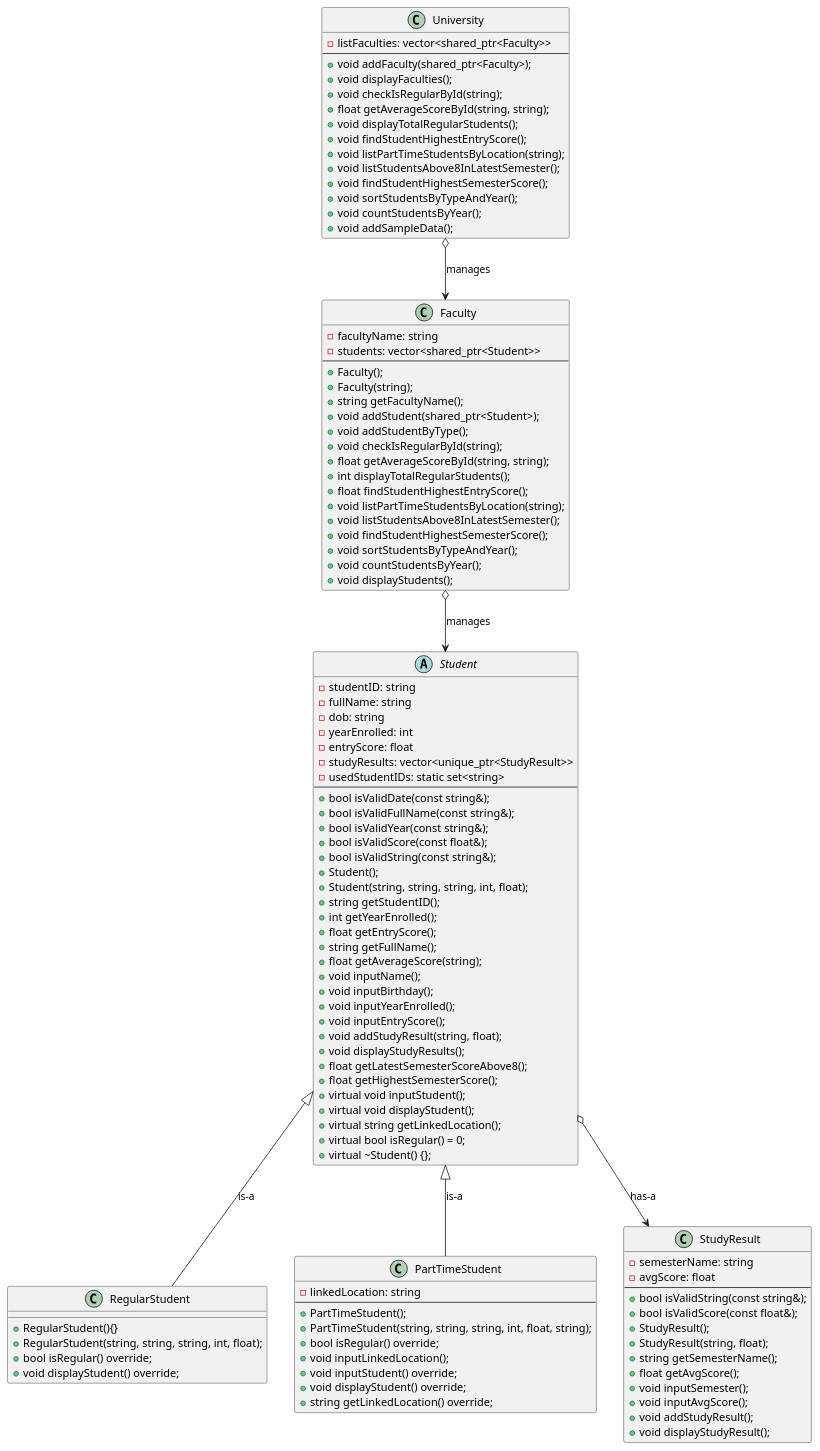
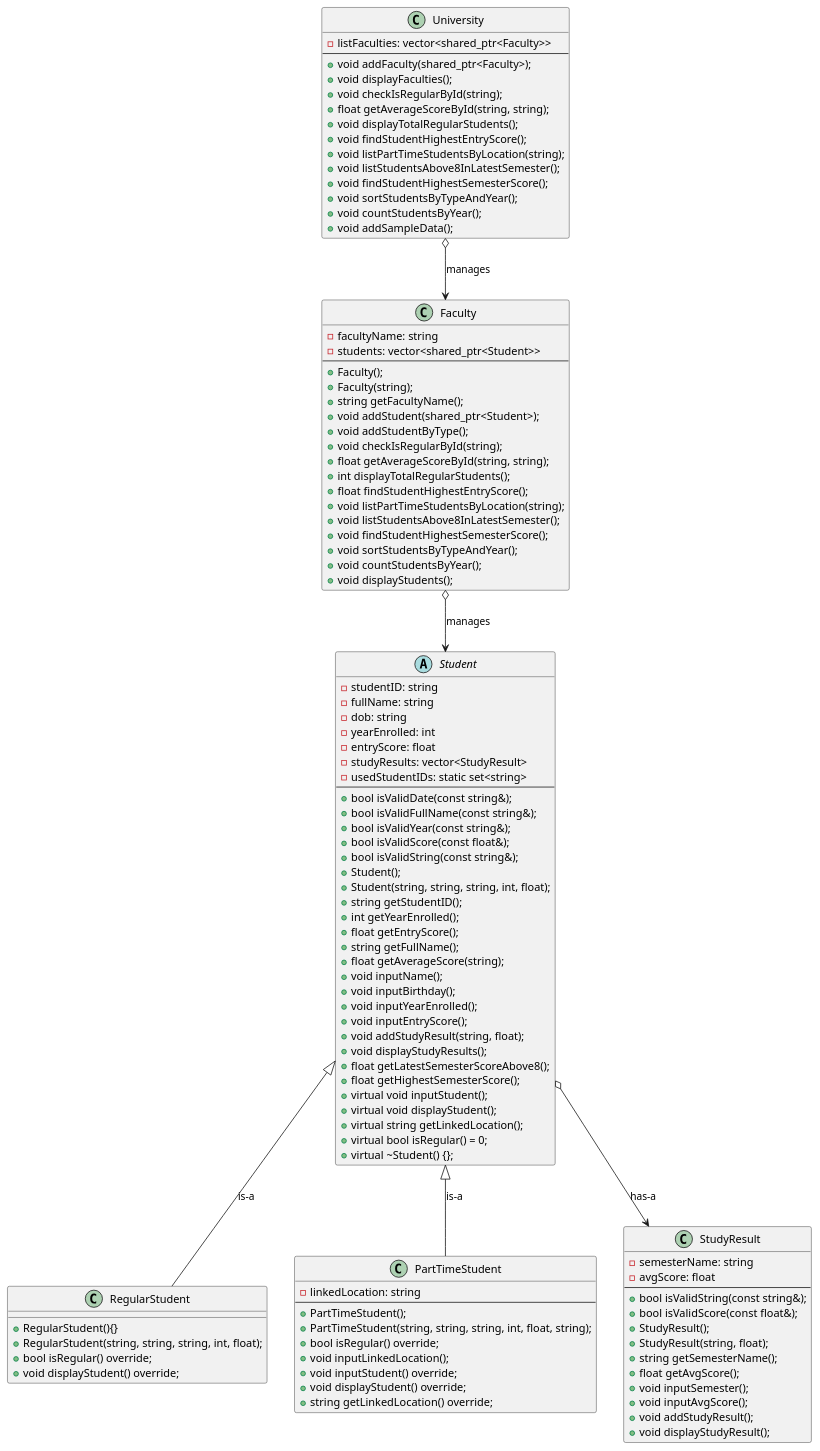
The diagram in .Assigment/OOP/ex15/diagram/diagram.wsd (baobluebird/Basic-C-Cplusplus), drawn with PlantUML before and after one commit. The commit also changed 43 other files, not shown here.

```diff
--- a/.Assigment/OOP/ex15/diagram/diagram.wsd
+++ b/.Assigment/OOP/ex15/diagram/diagram.wsd
@@ -1,117 +1,117 @@
 @startuml
 
 abstract class Student {
     - studentID: string 
     - fullName: string 
     - dob: string 
     - yearEnrolled: int 
     - entryScore: float 
-    - studyResults: vector<unique_ptr<StudyResult>> 
+    - studyResults: vector<StudyResult> 
     - usedStudentIDs: static set<string>
     --
     + bool isValidDate(const string&);
     + bool isValidFullName(const string&);
     + bool isValidYear(const string&);
     + bool isValidScore(const float&);
     + bool isValidString(const string&);
     + Student();
     + Student(string, string, string, int, float);
     + string getStudentID();
     + int getYearEnrolled();
     + float getEntryScore();
     + string getFullName();
     + float getAverageScore(string);
     + void inputName();
     + void inputBirthday();
     + void inputYearEnrolled();
     + void inputEntryScore();
     + void addStudyResult(string, float);
     + void displayStudyResults();
     + float getLatestSemesterScoreAbove8();
     + float getHighestSemesterScore();
     + virtual void inputStudent();
     + virtual void displayStudent();
     + virtual string getLinkedLocation();
     + virtual bool isRegular() = 0;
     + virtual ~Student() {};
 }
 
 class RegularStudent {
     + RegularStudent(){}
     + RegularStudent(string, string, string, int, float);
     + bool isRegular() override;
     + void displayStudent() override;
 }
 
 class PartTimeStudent {
     - linkedLocation: string 
     --
     + PartTimeStudent();
     + PartTimeStudent(string, string, string, int, float, string);
     + bool isRegular() override;
     + void inputLinkedLocation();
     + void inputStudent() override;
     + void displayStudent() override;
     + string getLinkedLocation() override;
 }
 
 class StudyResult {
     - semesterName: string
     - avgScore: float
     --
     + bool isValidString(const string&);
     + bool isValidScore(const float&);
     + StudyResult();
     + StudyResult(string, float);
     + string getSemesterName();
     + float getAvgScore();
     + void inputSemester();
     + void inputAvgScore();
     + void addStudyResult();
     + void displayStudyResult();
 }
 
 class Faculty {
     - facultyName: string 
     - students: vector<shared_ptr<Student>> 
     --
     + Faculty();
     + Faculty(string);
     + string getFacultyName();
     + void addStudent(shared_ptr<Student>);
     + void addStudentByType();
     + void checkIsRegularById(string);
     + float getAverageScoreById(string, string);
     + int displayTotalRegularStudents();
     + float findStudentHighestEntryScore();
     + void listPartTimeStudentsByLocation(string);
     + void listStudentsAbove8InLatestSemester();
     + void findStudentHighestSemesterScore();
     + void sortStudentsByTypeAndYear();
     + void countStudentsByYear();
     + void displayStudents();
 }
 
 class University{
     - listFaculties: vector<shared_ptr<Faculty>>
     --
     + void addFaculty(shared_ptr<Faculty>);
     + void displayFaculties();
     + void checkIsRegularById(string);
     + float getAverageScoreById(string, string);
     + void displayTotalRegularStudents();
     + void findStudentHighestEntryScore();
     + void listPartTimeStudentsByLocation(string);
     + void listStudentsAbove8InLatestSemester();
     + void findStudentHighestSemesterScore();
     + void sortStudentsByTypeAndYear();
     + void countStudentsByYear();
     + void addSampleData();
 }
 
 Student <|-- RegularStudent : is-a
 Student <|-- PartTimeStudent : is-a
 Student o--> StudyResult : has-a
 Faculty o--> Student : manages
 University o--> Faculty : manages
 @enduml
```
